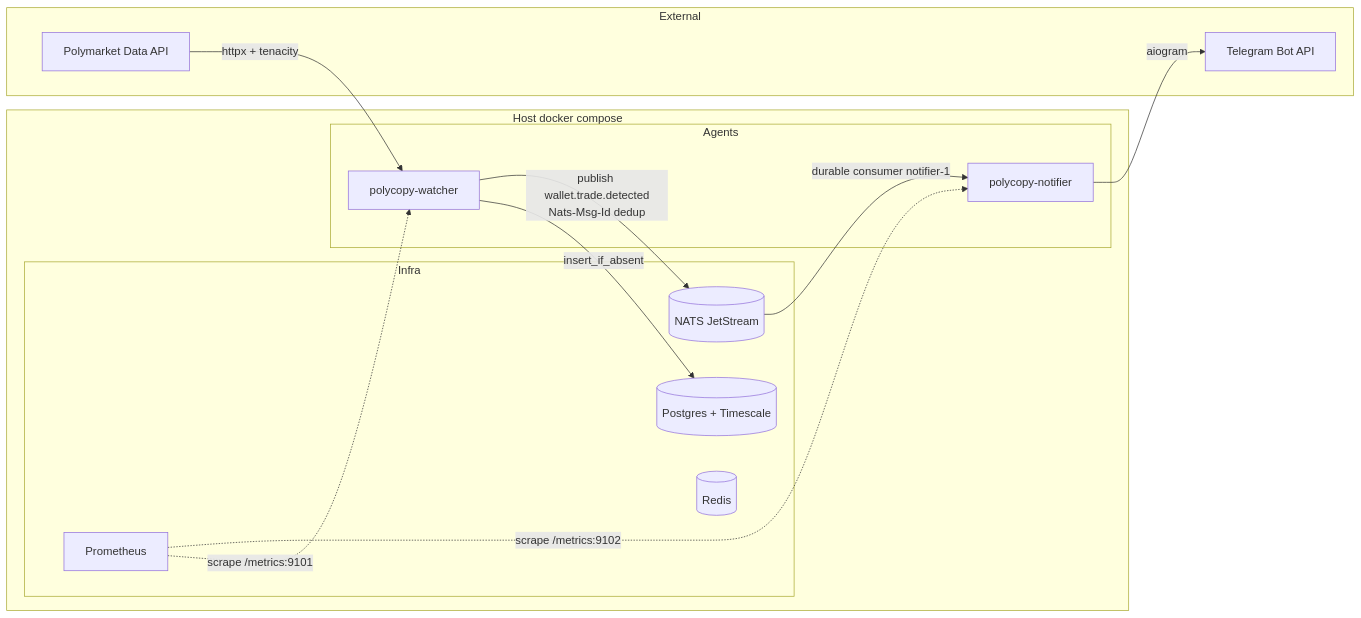
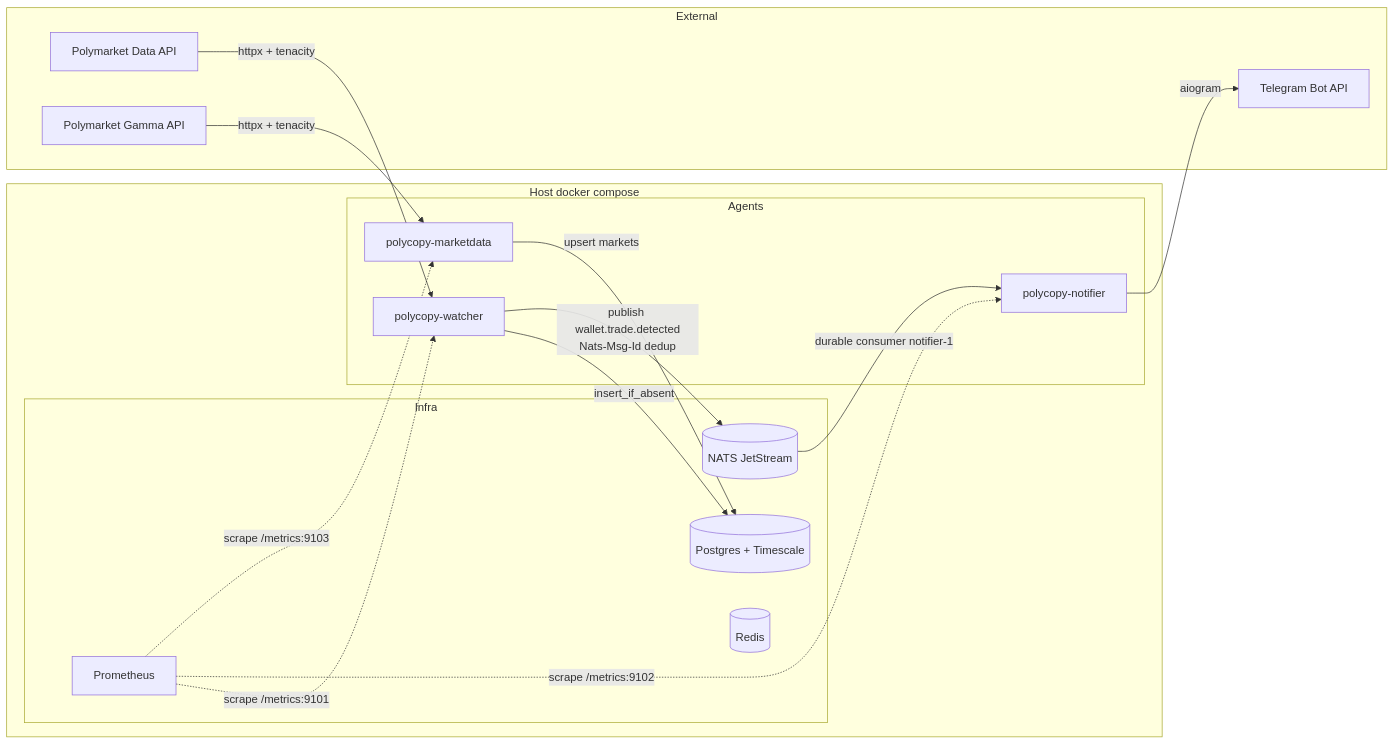
One commit to estevaogn/polycopy-trading changed the diagram in ARCHITECTURE.md. Above: the diagram before and after it, drawn with Mermaid. The commit also changed other lines of this file and 2 other files, not shown here.

First line of the commit message:
feat(deploy): containerize marketdata agent and wire Prometheus scrape

````diff
--- a/ARCHITECTURE.md
+++ b/ARCHITECTURE.md
@@ -9,29 +9,34 @@
 ```mermaid
 flowchart LR
     subgraph external[External]
         PM[Polymarket Data API]
+        GAMMA[Polymarket Gamma API]
         TG[Telegram Bot API]
     end
 
     subgraph host[Host docker compose]
         subgraph infra[Infra]
             PG[(Postgres + Timescale)]
             NATS[(NATS JetStream)]
             REDIS[(Redis)]
             PROM[Prometheus]
         end
 
         subgraph agents[Agents]
             W[polycopy-watcher]
             N[polycopy-notifier]
+            M[polycopy-marketdata]
         end
     end
 
     PM -->|httpx + tenacity| W
     W -->|insert_if_absent| PG
     W -->|publish wallet.trade.detected\nNats-Msg-Id dedup| NATS
     NATS -->|durable consumer notifier-1| N
     N -->|aiogram| TG
+    GAMMA -->|httpx + tenacity| M
+    M -->|upsert markets| PG
     PROM -.->|scrape /metrics:9101| W
     PROM -.->|scrape /metrics:9102| N
+    PROM -.->|scrape /metrics:9103| M
 ```
````
